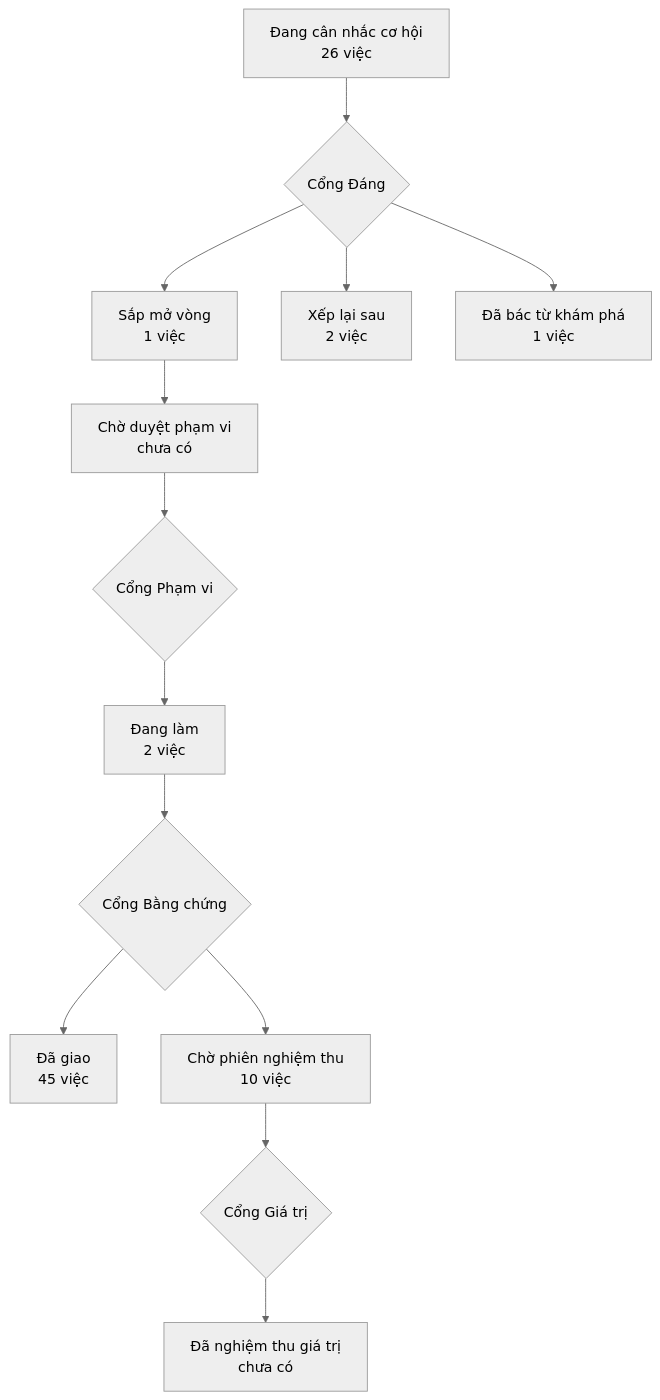
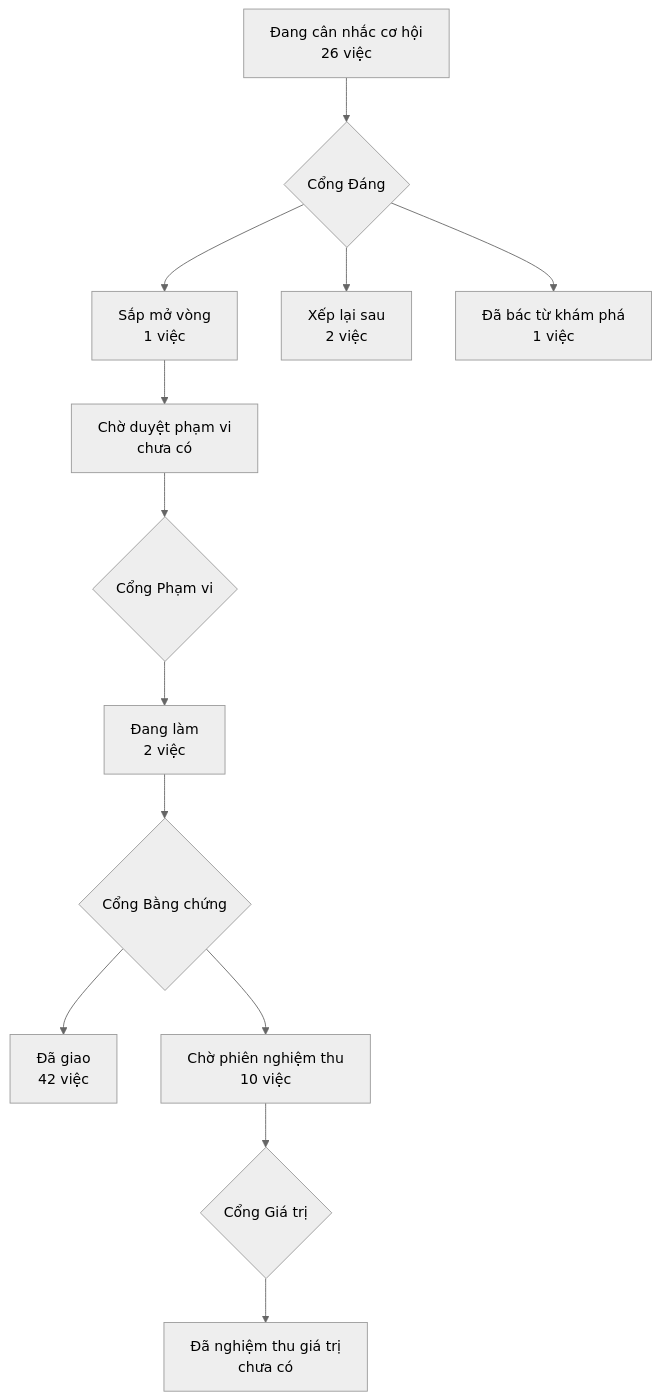
The diagram in PRODUCT-MAP.md (phanlemanh/acceptance-gate-kit), drawn with Mermaid (neutral theme) before and after one commit. The commit also changed other lines of this file and 75 other files, not shown here.

````diff
--- a/PRODUCT-MAP.md
+++ b/PRODUCT-MAP.md
@@ -6,12 +6,12 @@
 ```mermaid
 flowchart TD
   A["Đang cân nhắc cơ hội<br/>26 việc"] --> GD{"Cổng Đáng"}
   GD --> B["Sắp mở vòng<br/>1 việc"]
   GD --> XL["Xếp lại sau<br/>2 việc"]
   GD --> DB["Đã bác từ khám phá<br/>1 việc"]
   B --> CD["Chờ duyệt phạm vi<br/>chưa có"] --> GP{"Cổng Phạm vi"}
   GP --> DL["Đang làm<br/>2 việc"] --> GB{"Cổng Bằng chứng"}
-  GB --> DG["Đã giao<br/>45 việc"]
+  GB --> DG["Đã giao<br/>42 việc"]
   GB --> CN["Chờ phiên nghiệm thu<br/>10 việc"] --> GG{"Cổng Giá trị"}
   GG --> NT["Đã nghiệm thu giá trị<br/>chưa có"]
 ```
````
